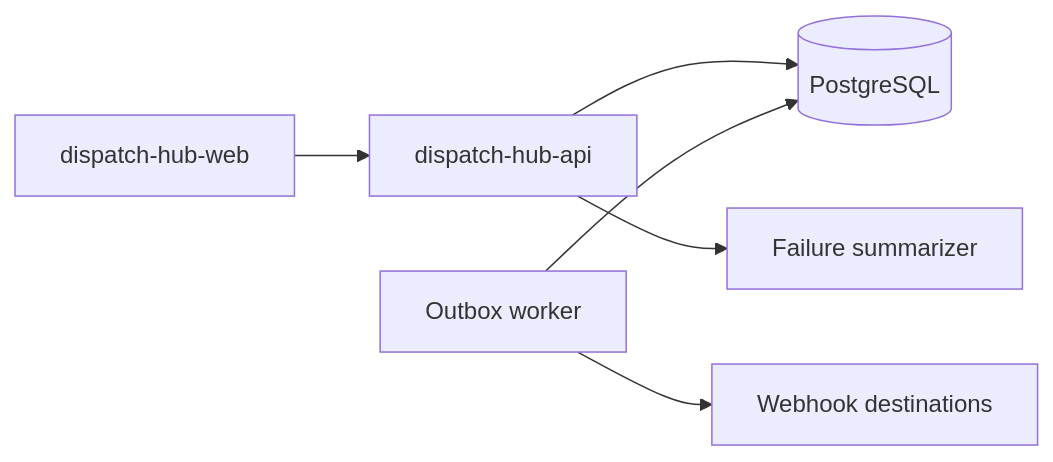
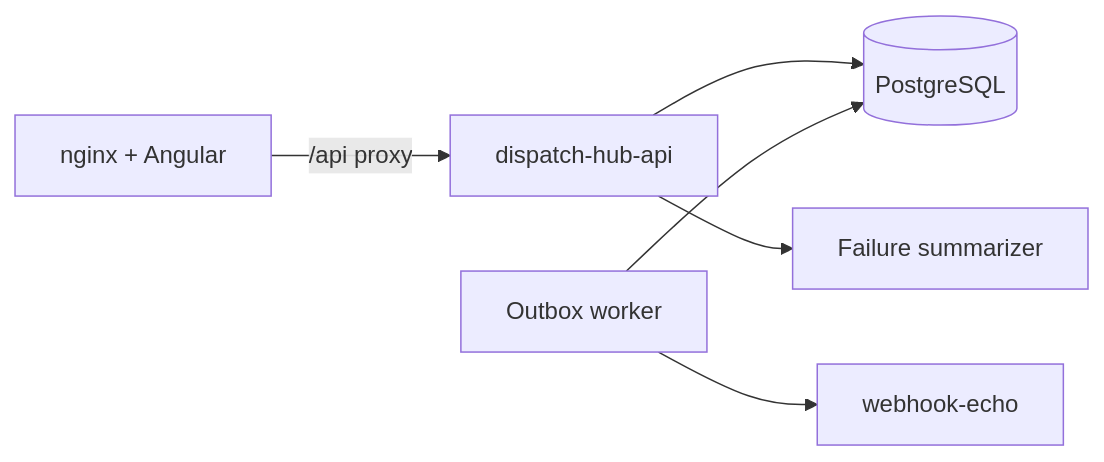
The diagram in docs/architecture.md (LordKay-sudo/dispatch-hub), drawn with Mermaid before and after one commit. The commit also changed other lines of this file and 17 other files, not shown here.

````diff
--- a/docs/architecture.md
+++ b/docs/architecture.md
@@ -5,15 +5,15 @@
 ```mermaid
 flowchart LR
-  UI[dispatch-hub-web]
+  UI[nginx + Angular]
   API[dispatch-hub-api]
   DB[(PostgreSQL)]
   Worker[Outbox worker]
-  Dest[Webhook destinations]
+  Echo[webhook-echo]
   AI[Failure summarizer]
 
-  UI --> API
+  UI -->|/api proxy| API
   API --> DB
   Worker --> DB
-  Worker --> Dest
+  Worker --> Echo
   API --> AI
 ```
````
